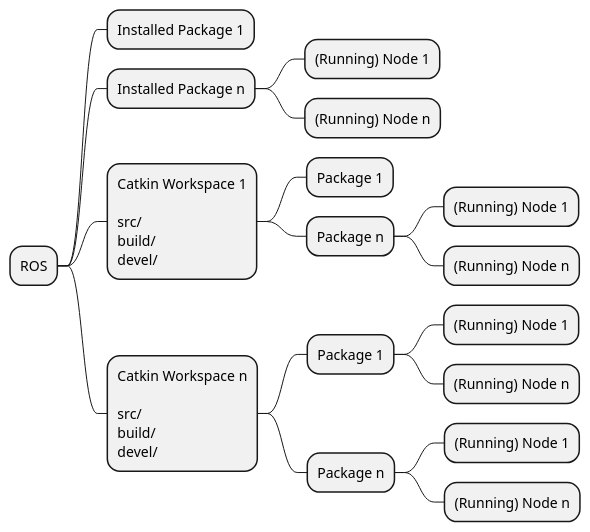
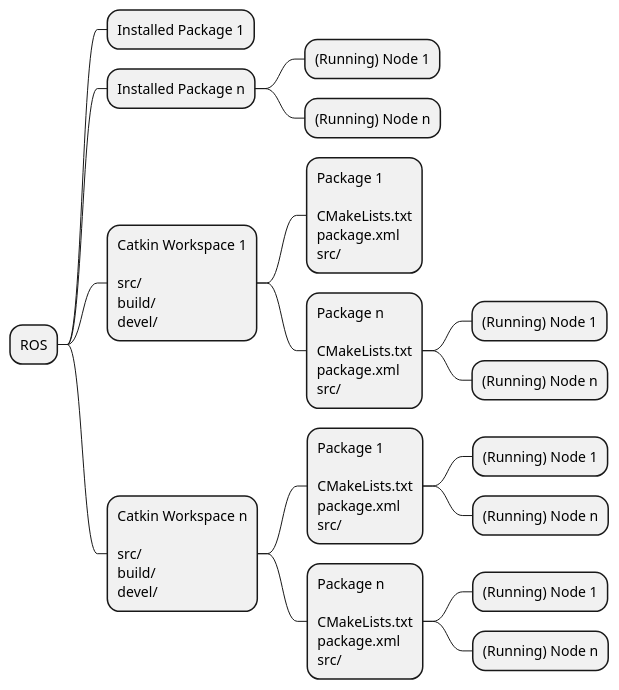
Before and after one commit to himanshugarg/himanshugarg.github.io: the diagram in assets/ros-2.puml, drawn with PlantUML. The commit also changed 1 other file, not shown here.

```diff
--- a/assets/ros-2.puml
+++ b/assets/ros-2.puml
@@ -1,19 +1,19 @@
 @startmindmap
 * ROS
 ** Installed Package 1
 ** Installed Package n
 *** (Running) Node 1
 *** (Running) Node n
 ** Catkin Workspace 1\n\nsrc/\nbuild/\ndevel/
-*** Package 1
-*** Package n
+*** Package 1\n\nCMakeLists.txt\npackage.xml\nsrc/
+*** Package n\n\nCMakeLists.txt\npackage.xml\nsrc/
 **** (Running) Node 1
 **** (Running) Node n
 ** Catkin Workspace n\n\nsrc/\nbuild/\ndevel/
-*** Package 1
+*** Package 1\n\nCMakeLists.txt\npackage.xml\nsrc/
 **** (Running) Node 1
 **** (Running) Node n
-*** Package n
+*** Package n\n\nCMakeLists.txt\npackage.xml\nsrc/
 **** (Running) Node 1
 **** (Running) Node n
 @endmindmap
```
